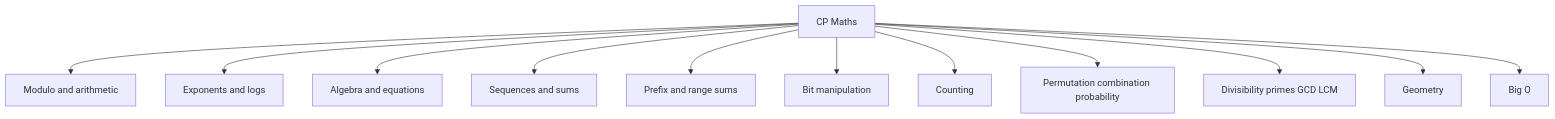
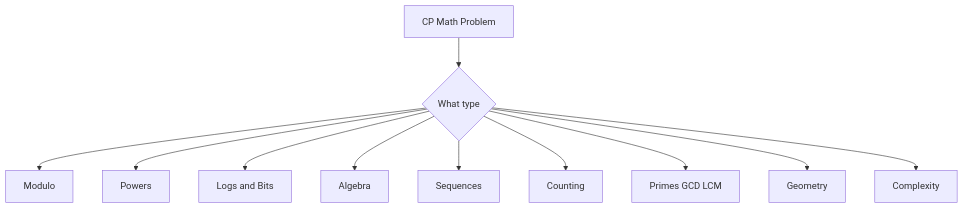
Before and after one commit to mthaiseer/springcloud-systemdesign-notes: the first of 14 diagrams in CP_DSA_NOTES/000_MATH/001_cp_maths_basics.md, drawn with Mermaid. The commit also changed other lines of this file and 1 other file, not shown here.

````diff
--- a/CP_DSA_NOTES/000_MATH/001_cp_maths_basics.md
+++ b/CP_DSA_NOTES/000_MATH/001_cp_maths_basics.md
@@ -9,14 +9,13 @@
 ```mermaid
 flowchart TD
-    A[CP Maths] --> B[Modulo and arithmetic]
-    A --> C[Exponents and logs]
-    A --> D[Algebra and equations]
-    A --> E[Sequences and sums]
-    A --> F[Prefix and range sums]
-    A --> G[Bit manipulation]
-    A --> H[Counting]
-    A --> I[Permutation combination probability]
-    A --> J[Divisibility primes GCD LCM]
-    A --> K[Geometry]
-    A --> L[Big O]
+    A[CP Math Problem] --> B{What type}
+    B --> C[Modulo]
+    B --> D[Powers]
+    B --> E[Logs and Bits]
+    B --> F[Algebra]
+    B --> G[Sequences]
+    B --> H[Counting]
+    B --> I[Primes GCD LCM]
+    B --> J[Geometry]
+    B --> K[Complexity]
 ```
````
